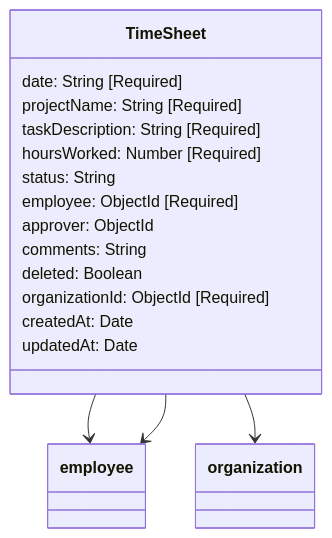
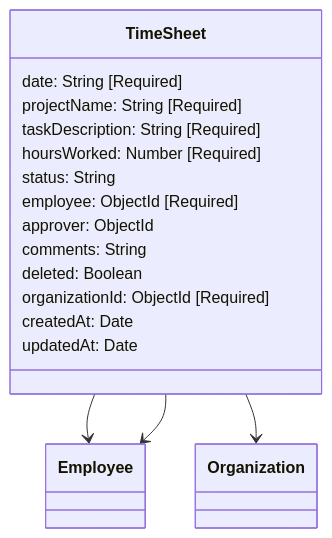
One commit to Budeshi-Products/workflowPadi-Schemas changed the diagram in schema-visualizations/TimeSheet.mmd. Above: the diagram before and after it, drawn with Mermaid. The commit also changed 75 other files, not shown here.

```diff
--- a/schema-visualizations/TimeSheet.mmd
+++ b/schema-visualizations/TimeSheet.mmd
@@ -1,19 +1,19 @@
 classDiagram
   class TimeSheet {
     date: String [Required]
     projectName: String [Required]
     taskDescription: String [Required]
     hoursWorked: Number [Required]
     status: String
     employee: ObjectId [Required]
     approver: ObjectId
     comments: String
     deleted: Boolean
     organizationId: ObjectId [Required]
     createdAt: Date
     updatedAt: Date
   }
 
-  TimeSheet --> employee
-  TimeSheet --> employee
-  TimeSheet --> organization
+  TimeSheet --> Employee
+  TimeSheet --> Employee
+  TimeSheet --> Organization
```
